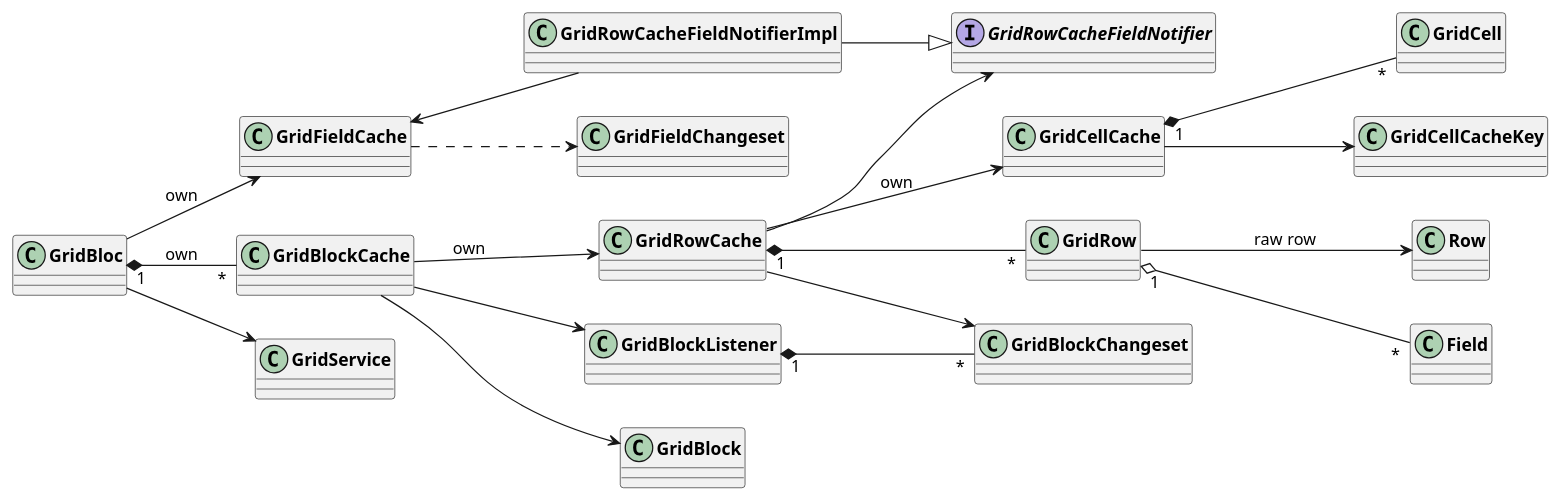
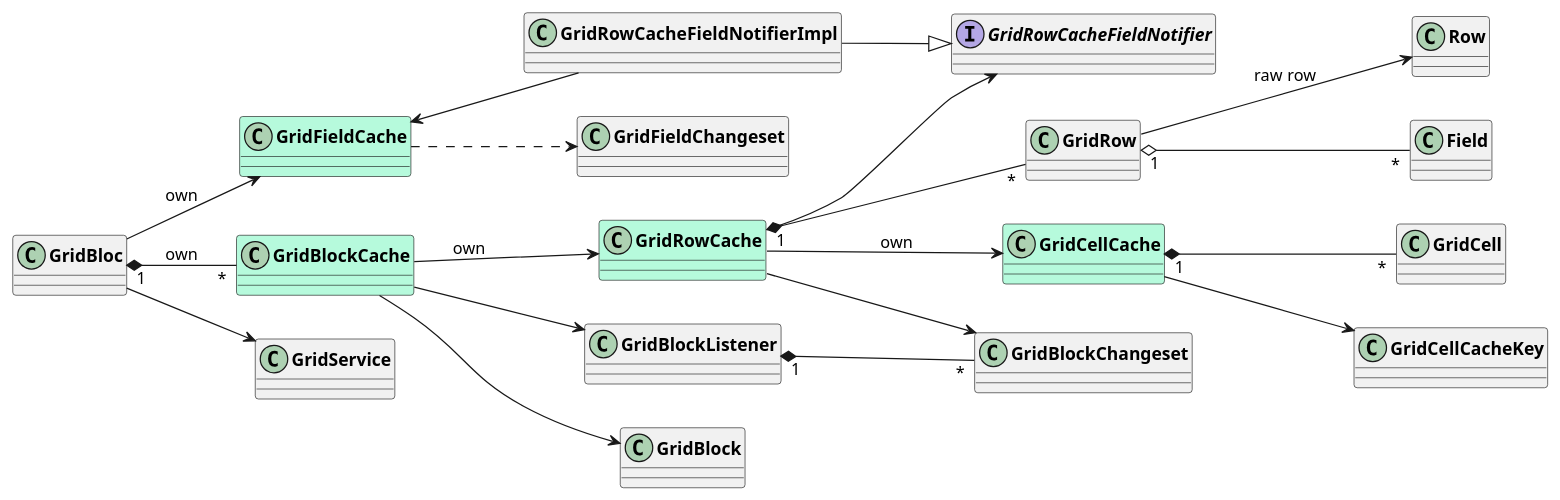
One commit to AppFlowy-IO/AppFlowy-Docs changed the second of 2 diagrams in uml/dart_widget/grid_data_cache.plantuml. Above: the diagram before and after it, drawn with PlantUML. The commit also changed other lines of this file and 1 other file, not shown here.

```diff
--- a/uml/dart_widget/grid_data_cache.plantuml
+++ b/uml/dart_widget/grid_data_cache.plantuml
@@ -12,40 +13,44 @@
 @startuml block/row/cell relation
 skinparam classFontStyle Bold
 skinparam ActivityBackgroundColor Silver
 skinparam ActivityBorderColor DimGray
 left to right direction
 
 interface GridRowCacheFieldNotifier
+class GridFieldCache #B6FADC
+class GridBlockCache #B6FADC
+class GridRowCache #B6FADC
+class GridCellCache #B6FADC
 
 GridBloc --> GridService
 GridBloc --> GridFieldCache: own
 GridBloc "1" *-- "*" GridBlockCache: own
 
 GridBlockCache --> GridBlock
 
 'FieldCache
 GridFieldCache ..> GridFieldChangeset
 
 
 'Row Cache
 GridBlockCache --> GridRowCache : own
 GridRowCache --> GridBlockChangeset
 GridRowCache --> GridCellCache: own
 GridRowCache --> GridRowCacheFieldNotifier
 GridRowCache "1" *-- "*" GridRow
 GridRow --> Row : raw row
 GridRow "1" o-- "*" Field
 
 
 'Cell Cache
 GridCellCache "1" *-- "*" GridCell
 GridCellCache --> GridCellCacheKey
 
 'Listener
 GridBlockCache --> GridBlockListener
 GridBlockListener "1" *-- "*" GridBlockChangeset
 
 GridRowCacheFieldNotifierImpl -u-> GridFieldCache
 GridRowCacheFieldNotifierImpl --|> GridRowCacheFieldNotifier
 
 @enduml
```
